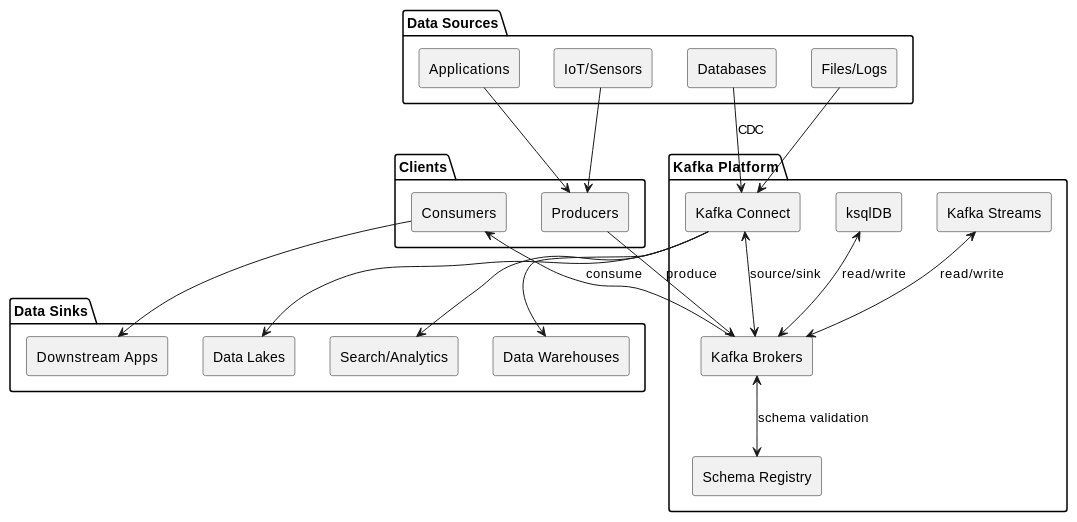
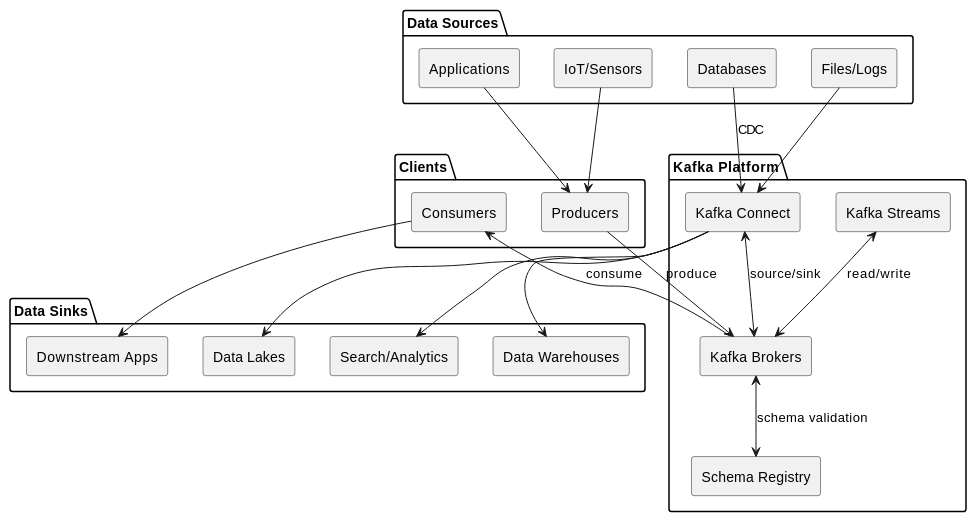
Before and after one commit to axonops/documentation: the first of 6 diagrams in docs/data-platforms/kafka/concepts/kafka-ecosystem.md, drawn with PlantUML. The commit also changed other lines of this file and 5 other files, not shown here.

````diff
--- a/docs/data-platforms/kafka/concepts/kafka-ecosystem.md
+++ b/docs/data-platforms/kafka/concepts/kafka-ecosystem.md
@@ -19,52 +19,50 @@
 ```plantuml
 @startuml
 skinparam componentStyle rectangle
 
 package "Kafka Platform" {
   [Kafka Brokers] as brokers
   [Schema Registry] as sr
   [Kafka Connect] as connect
   [Kafka Streams] as streams
-  [ksqlDB] as ksql
 }
 
 package "Data Sources" {
   [Databases] as db
   [Applications] as apps
   [Files/Logs] as files
   [IoT/Sensors] as iot
 }
 
 package "Data Sinks" {
   [Data Lakes] as lakes
   [Search/Analytics] as search
   [Downstream Apps] as downstream
   [Data Warehouses] as warehouse
 }
 
 package "Clients" {
   [Producers] as producers
   [Consumers] as consumers
 }
 
 db --> connect : CDC
 apps --> producers
 files --> connect
 iot --> producers
 
 producers --> brokers : produce
 brokers --> consumers : consume
 
 connect <--> brokers : source/sink
 streams <--> brokers : read/write
-ksql <--> brokers : read/write
 
 brokers <--> sr : schema validation
 
 connect --> lakes
 connect --> search
 connect --> warehouse
 consumers --> downstream
 
 @enduml
 ```
````
